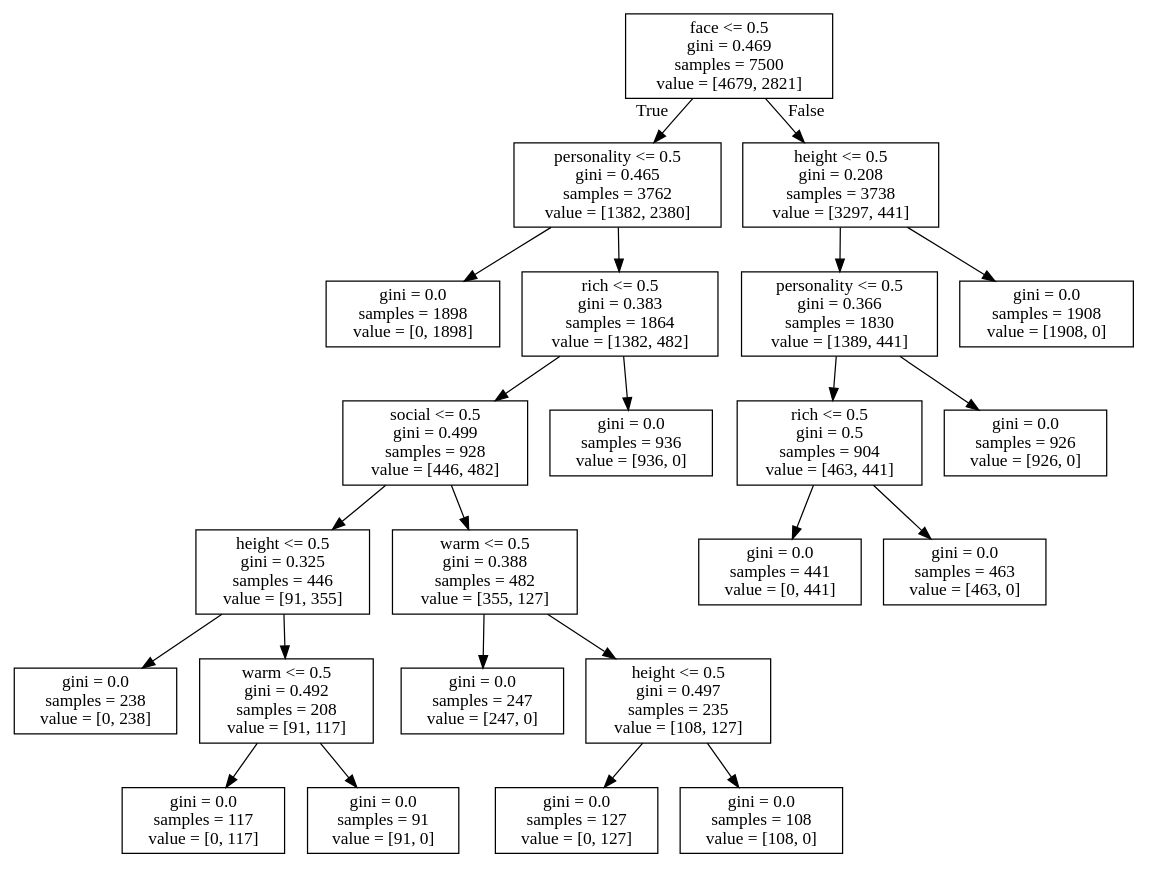
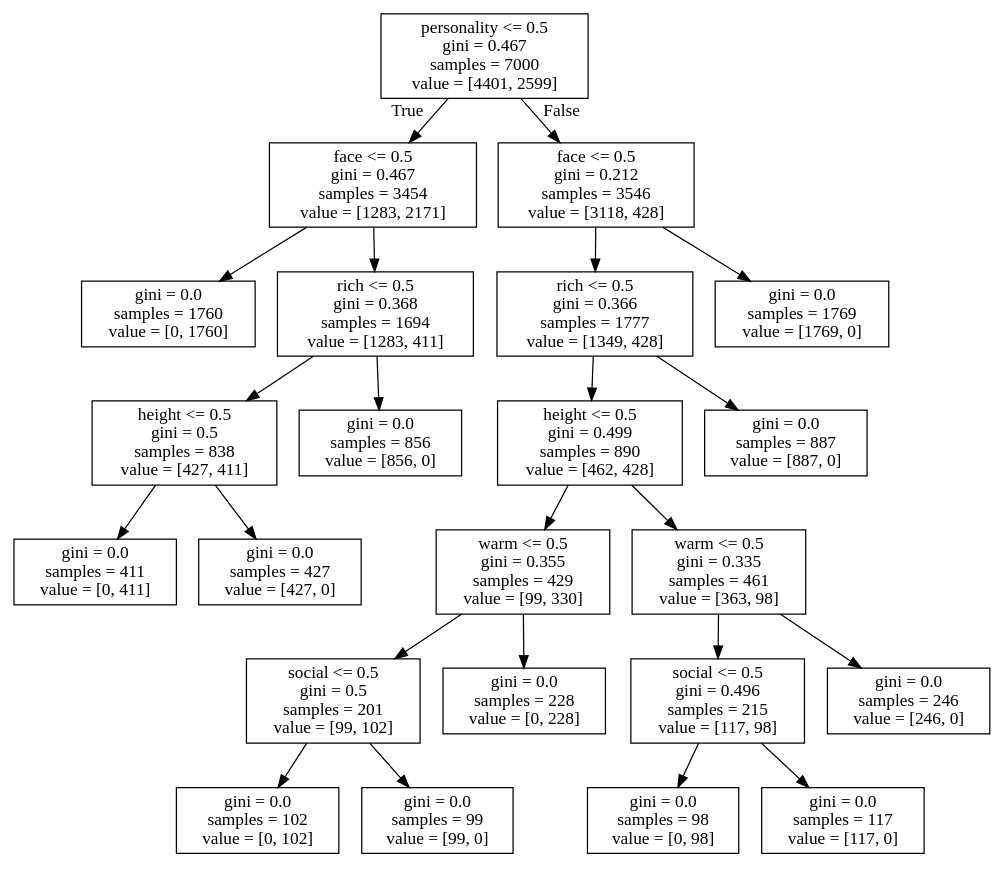
Before and after one commit to ElektrischesSchaf/Data_Mining_2019_Projects: the diagram in Decision_Tree/models/decision_tree_depth7.dot, drawn with Graphviz. The commit also changed 6 other files, not shown here.

```diff
--- a/Decision_Tree/models/decision_tree_depth7.dot
+++ b/Decision_Tree/models/decision_tree_depth7.dot
@@ -1,48 +1,48 @@
 digraph Tree {
 node [shape=box] ;
-0 [label="face <= 0.5\ngini = 0.469\nsamples = 7500\nvalue = [4679, 2821]"] ;
-1 [label="personality <= 0.5\ngini = 0.465\nsamples = 3762\nvalue = [1382, 2380]"] ;
+0 [label="personality <= 0.5\ngini = 0.467\nsamples = 7000\nvalue = [4401, 2599]"] ;
+1 [label="face <= 0.5\ngini = 0.467\nsamples = 3454\nvalue = [1283, 2171]"] ;
 0 -> 1 [labeldistance=2.5, labelangle=45, headlabel="True"] ;
-2 [label="gini = 0.0\nsamples = 1898\nvalue = [0, 1898]"] ;
+2 [label="gini = 0.0\nsamples = 1760\nvalue = [0, 1760]"] ;
 1 -> 2 ;
-3 [label="rich <= 0.5\ngini = 0.383\nsamples = 1864\nvalue = [1382, 482]"] ;
+3 [label="rich <= 0.5\ngini = 0.368\nsamples = 1694\nvalue = [1283, 411]"] ;
 1 -> 3 ;
-4 [label="social <= 0.5\ngini = 0.499\nsamples = 928\nvalue = [446, 482]"] ;
+4 [label="height <= 0.5\ngini = 0.5\nsamples = 838\nvalue = [427, 411]"] ;
 3 -> 4 ;
-5 [label="height <= 0.5\ngini = 0.325\nsamples = 446\nvalue = [91, 355]"] ;
+5 [label="gini = 0.0\nsamples = 411\nvalue = [0, 411]"] ;
 4 -> 5 ;
-6 [label="gini = 0.0\nsamples = 238\nvalue = [0, 238]"] ;
-5 -> 6 ;
-7 [label="warm <= 0.5\ngini = 0.492\nsamples = 208\nvalue = [91, 117]"] ;
-5 -> 7 ;
-8 [label="gini = 0.0\nsamples = 117\nvalue = [0, 117]"] ;
-7 -> 8 ;
-9 [label="gini = 0.0\nsamples = 91\nvalue = [91, 0]"] ;
-7 -> 9 ;
-10 [label="warm <= 0.5\ngini = 0.388\nsamples = 482\nvalue = [355, 127]"] ;
-4 -> 10 ;
-11 [label="gini = 0.0\nsamples = 247\nvalue = [247, 0]"] ;
+6 [label="gini = 0.0\nsamples = 427\nvalue = [427, 0]"] ;
+4 -> 6 ;
+7 [label="gini = 0.0\nsamples = 856\nvalue = [856, 0]"] ;
+3 -> 7 ;
+8 [label="face <= 0.5\ngini = 0.212\nsamples = 3546\nvalue = [3118, 428]"] ;
+0 -> 8 [labeldistance=2.5, labelangle=-45, headlabel="False"] ;
+9 [label="rich <= 0.5\ngini = 0.366\nsamples = 1777\nvalue = [1349, 428]"] ;
+8 -> 9 ;
+10 [label="height <= 0.5\ngini = 0.499\nsamples = 890\nvalue = [462, 428]"] ;
+9 -> 10 ;
+11 [label="warm <= 0.5\ngini = 0.355\nsamples = 429\nvalue = [99, 330]"] ;
 10 -> 11 ;
-12 [label="height <= 0.5\ngini = 0.497\nsamples = 235\nvalue = [108, 127]"] ;
-10 -> 12 ;
-13 [label="gini = 0.0\nsamples = 127\nvalue = [0, 127]"] ;
+12 [label="social <= 0.5\ngini = 0.5\nsamples = 201\nvalue = [99, 102]"] ;
+11 -> 12 ;
+13 [label="gini = 0.0\nsamples = 102\nvalue = [0, 102]"] ;
 12 -> 13 ;
-14 [label="gini = 0.0\nsamples = 108\nvalue = [108, 0]"] ;
+14 [label="gini = 0.0\nsamples = 99\nvalue = [99, 0]"] ;
 12 -> 14 ;
-15 [label="gini = 0.0\nsamples = 936\nvalue = [936, 0]"] ;
-3 -> 15 ;
-16 [label="height <= 0.5\ngini = 0.208\nsamples = 3738\nvalue = [3297, 441]"] ;
-0 -> 16 [labeldistance=2.5, labelangle=-45, headlabel="False"] ;
-17 [label="personality <= 0.5\ngini = 0.366\nsamples = 1830\nvalue = [1389, 441]"] ;
+15 [label="gini = 0.0\nsamples = 228\nvalue = [0, 228]"] ;
+11 -> 15 ;
+16 [label="warm <= 0.5\ngini = 0.335\nsamples = 461\nvalue = [363, 98]"] ;
+10 -> 16 ;
+17 [label="social <= 0.5\ngini = 0.496\nsamples = 215\nvalue = [117, 98]"] ;
 16 -> 17 ;
-18 [label="rich <= 0.5\ngini = 0.5\nsamples = 904\nvalue = [463, 441]"] ;
+18 [label="gini = 0.0\nsamples = 98\nvalue = [0, 98]"] ;
 17 -> 18 ;
-19 [label="gini = 0.0\nsamples = 441\nvalue = [0, 441]"] ;
-18 -> 19 ;
-20 [label="gini = 0.0\nsamples = 463\nvalue = [463, 0]"] ;
-18 -> 20 ;
-21 [label="gini = 0.0\nsamples = 926\nvalue = [926, 0]"] ;
-17 -> 21 ;
-22 [label="gini = 0.0\nsamples = 1908\nvalue = [1908, 0]"] ;
-16 -> 22 ;
+19 [label="gini = 0.0\nsamples = 117\nvalue = [117, 0]"] ;
+17 -> 19 ;
+20 [label="gini = 0.0\nsamples = 246\nvalue = [246, 0]"] ;
+16 -> 20 ;
+21 [label="gini = 0.0\nsamples = 887\nvalue = [887, 0]"] ;
+9 -> 21 ;
+22 [label="gini = 0.0\nsamples = 1769\nvalue = [1769, 0]"] ;
+8 -> 22 ;
 }
```
